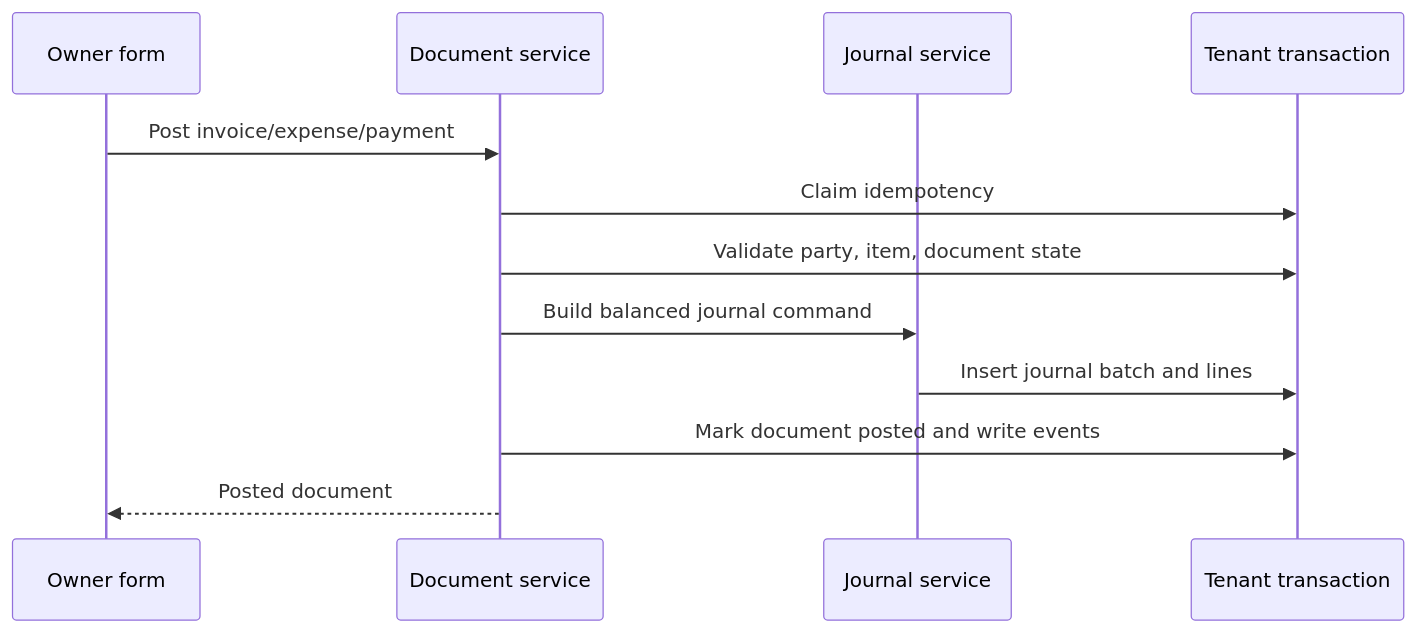
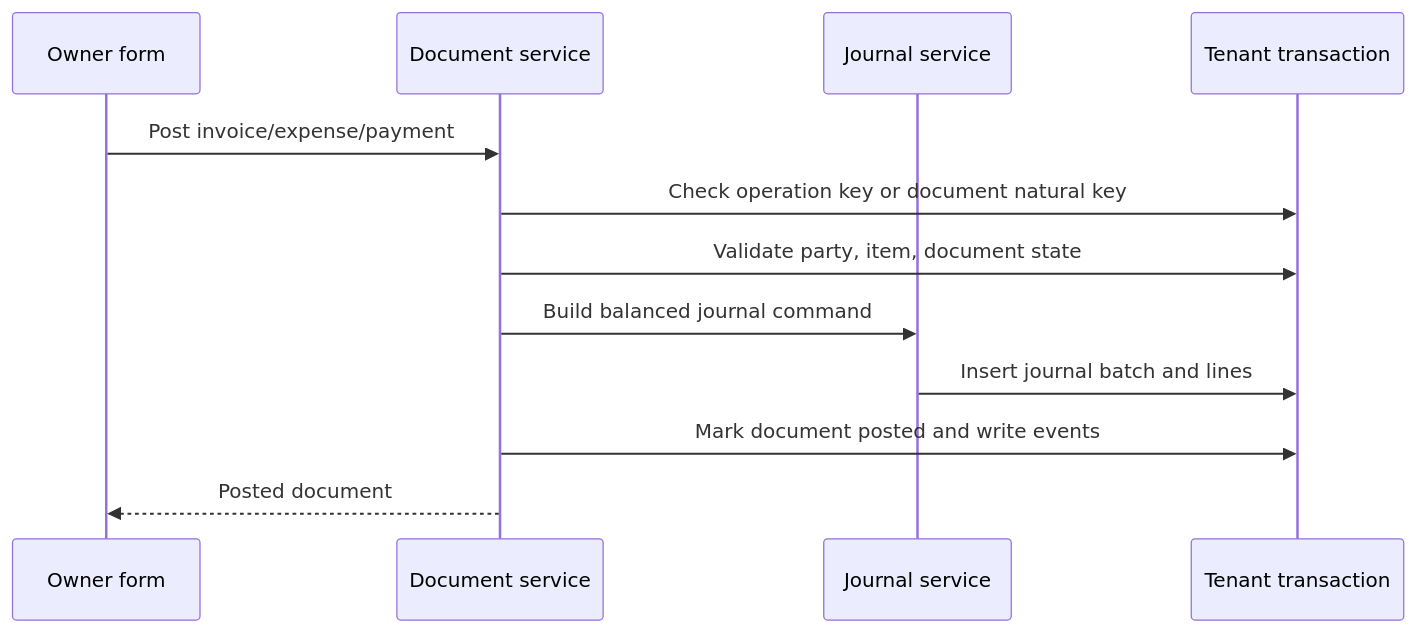
The second of 2 diagrams in docs/superpowers/plans/2026-06-16-phase-02-owner-workflow-mvp-detailed-plan.md (isherbuilds/edernal-books), drawn with Mermaid before and after one commit. The commit also changed other lines of this file and 35 other files, not shown here.

````diff
--- a/docs/superpowers/plans/2026-06-16-phase-02-owner-workflow-mvp-detailed-plan.md
+++ b/docs/superpowers/plans/2026-06-16-phase-02-owner-workflow-mvp-detailed-plan.md
@@ -29,15 +29,15 @@
 ```mermaid
 sequenceDiagram
   participant UI as Owner form
   participant S as Document service
   participant L as Journal service
   participant DB as Tenant transaction
 
   UI->>S: Post invoice/expense/payment
-  S->>DB: Claim idempotency
+  S->>DB: Check operation key or document natural key
   S->>DB: Validate party, item, document state
   S->>L: Build balanced journal command
   L->>DB: Insert journal batch and lines
   S->>DB: Mark document posted and write events
   S-->>UI: Posted document
 ```
````
